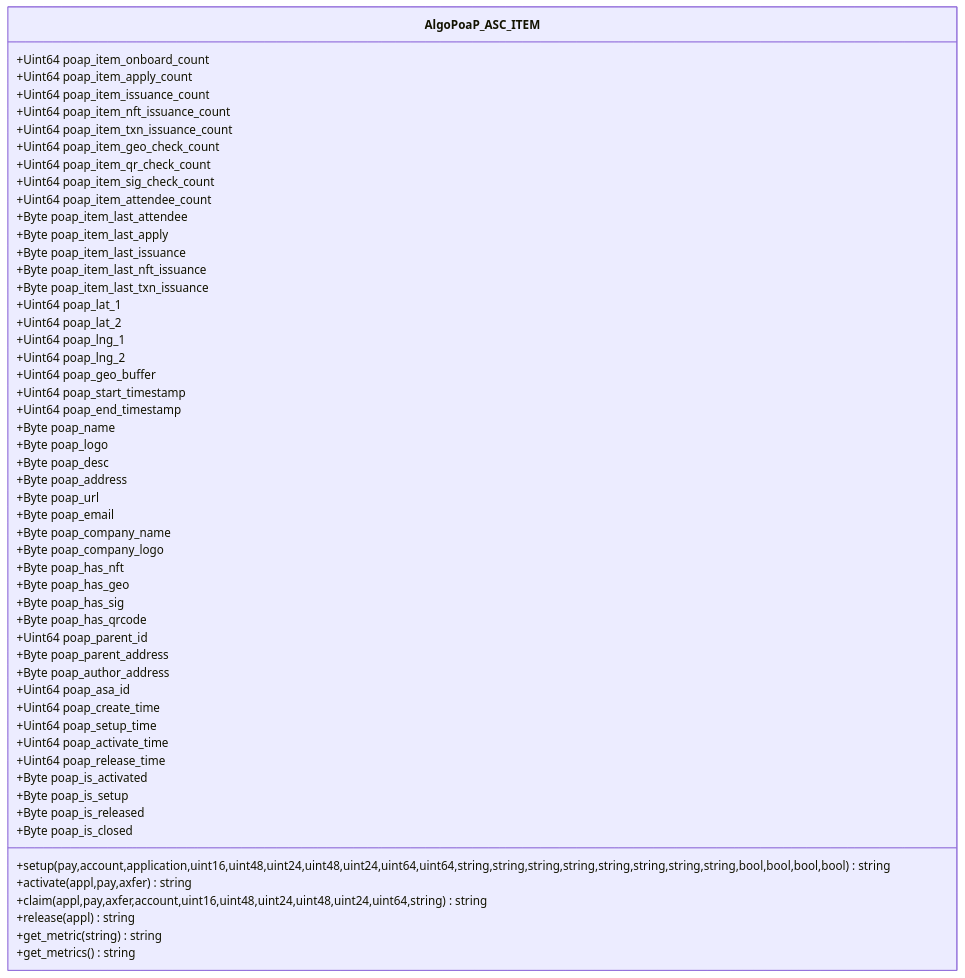
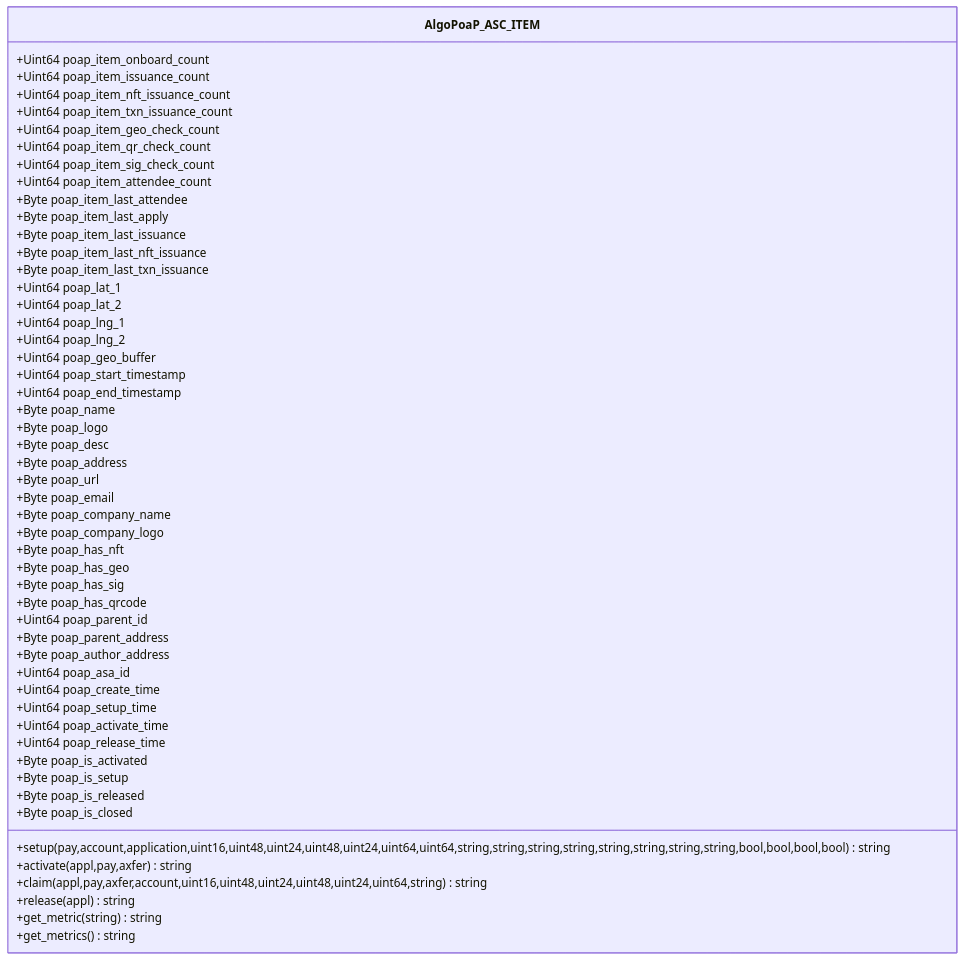
Before and after one commit to GoPlausible/.github: the tenth of 10 diagrams in profile/README.md, drawn with Mermaid.

````diff
--- a/profile/README.md
+++ b/profile/README.md
@@ -596,70 +596,69 @@
 ```mermaid
   classDiagram
     class AlgoPoaP_ASC_ITEM
     AlgoPoaP_ASC_ITEM : +Uint64 poap_item_onboard_count
-    AlgoPoaP_ASC_ITEM : +Uint64 poap_item_apply_count
     AlgoPoaP_ASC_ITEM : +Uint64 poap_item_issuance_count
     AlgoPoaP_ASC_ITEM : +Uint64 poap_item_nft_issuance_count
     AlgoPoaP_ASC_ITEM : +Uint64 poap_item_txn_issuance_count
 
     AlgoPoaP_ASC_ITEM : +Uint64 poap_item_geo_check_count
     AlgoPoaP_ASC_ITEM : +Uint64 poap_item_qr_check_count
     AlgoPoaP_ASC_ITEM : +Uint64 poap_item_sig_check_count
 
     AlgoPoaP_ASC_ITEM : +Uint64 poap_item_attendee_count
     AlgoPoaP_ASC_ITEM : +Byte poap_item_last_attendee
     AlgoPoaP_ASC_ITEM : +Byte poap_item_last_apply
     AlgoPoaP_ASC_ITEM : +Byte poap_item_last_issuance
     AlgoPoaP_ASC_ITEM : +Byte poap_item_last_nft_issuance
     AlgoPoaP_ASC_ITEM : +Byte poap_item_last_txn_issuance
 
 
     AlgoPoaP_ASC_ITEM : +Uint64 poap_lat_1
     AlgoPoaP_ASC_ITEM : +Uint64 poap_lat_2
     AlgoPoaP_ASC_ITEM : +Uint64 poap_lng_1
     AlgoPoaP_ASC_ITEM : +Uint64 poap_lng_2
     AlgoPoaP_ASC_ITEM : +Uint64 poap_geo_buffer
     AlgoPoaP_ASC_ITEM : +Uint64 poap_start_timestamp
     AlgoPoaP_ASC_ITEM : +Uint64 poap_end_timestamp
     AlgoPoaP_ASC_ITEM : +Byte poap_name
     AlgoPoaP_ASC_ITEM : +Byte poap_logo
     AlgoPoaP_ASC_ITEM : +Byte poap_desc
     AlgoPoaP_ASC_ITEM : +Byte poap_address
     AlgoPoaP_ASC_ITEM : +Byte poap_url
     AlgoPoaP_ASC_ITEM : +Byte poap_email
     AlgoPoaP_ASC_ITEM : +Byte poap_company_name
     AlgoPoaP_ASC_ITEM : +Byte poap_company_logo
     AlgoPoaP_ASC_ITEM : +Byte poap_has_nft
     AlgoPoaP_ASC_ITEM : +Byte poap_has_geo
     AlgoPoaP_ASC_ITEM : +Byte poap_has_sig
     AlgoPoaP_ASC_ITEM : +Byte poap_has_qrcode
 
     AlgoPoaP_ASC_ITEM : +Uint64 poap_parent_id
     AlgoPoaP_ASC_ITEM : +Byte poap_parent_address
     AlgoPoaP_ASC_ITEM : +Byte poap_author_address
     AlgoPoaP_ASC_ITEM : +Uint64 poap_asa_id
 
      AlgoPoaP_ASC_ITEM : +Uint64 poap_create_time
     AlgoPoaP_ASC_ITEM : +Uint64 poap_setup_time
     AlgoPoaP_ASC_ITEM : +Uint64 poap_activate_time
     AlgoPoaP_ASC_ITEM : +Uint64 poap_release_time
 
 
      AlgoPoaP_ASC_ITEM : +Byte poap_is_activated
     AlgoPoaP_ASC_ITEM : +Byte poap_is_setup
     AlgoPoaP_ASC_ITEM : +Byte poap_is_released
     AlgoPoaP_ASC_ITEM : +Byte poap_is_closed
 
 
  
 
     AlgoPoaP_ASC_ITEM : +setup(pay,account,application,uint16,uint48,uint24,uint48,uint24,uint64,uint64,string,string,string,string,string,string,string,string,bool,bool,bool,bool)string
     AlgoPoaP_ASC_ITEM : +activate(appl,pay,axfer)string
     AlgoPoaP_ASC_ITEM : +claim(appl,pay,axfer,account,uint16,uint48,uint24,uint48,uint24,uint64,string)string
     AlgoPoaP_ASC_ITEM : +release(appl)string
     AlgoPoaP_ASC_ITEM : +get_metric(string)string
     AlgoPoaP_ASC_ITEM : +get_metrics()string
     
   
     
 ```
````
